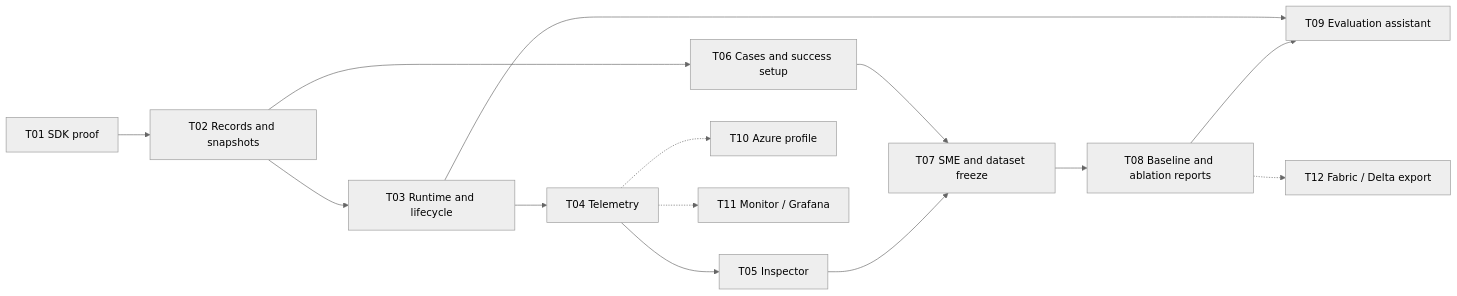
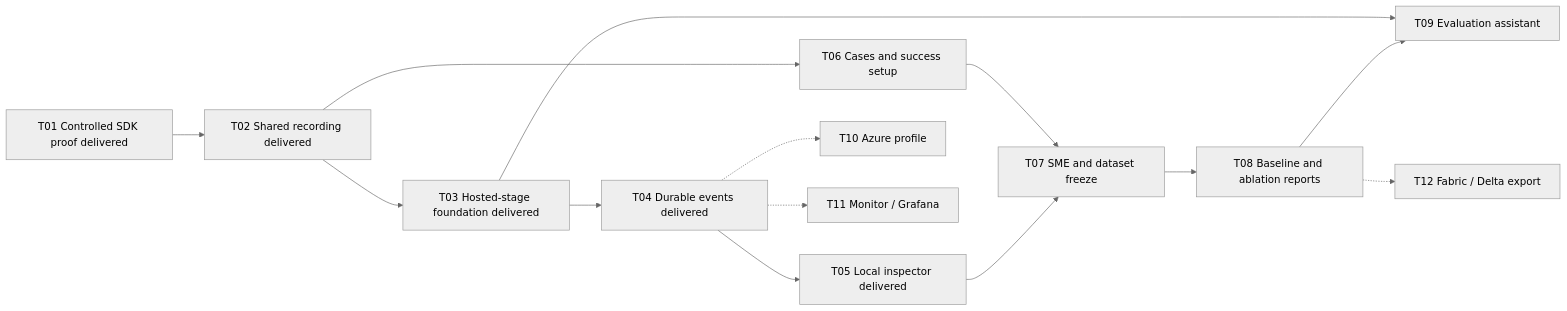
Before and after one commit to niksacdev/rove: the diagram in docs/product/implementation-plan.md, drawn with Mermaid (neutral theme). The commit also changed other lines of this file and 33 other files, not shown here.

Commit message:
Record durable trials and add Copilot runtime with evidence history (#17)

````diff
--- a/docs/product/implementation-plan.md
+++ b/docs/product/implementation-plan.md
@@ -43,16 +61,16 @@
 ```mermaid
 flowchart LR
-    A["T01 SDK proof"] --> B["T02 Records and snapshots"]
-    B --> C["T03 Runtime and lifecycle"]
-    C --> D["T04 Telemetry"]
-    D --> E["T05 Inspector"]
+    A["T01 Controlled SDK proof delivered"] --> B["T02 Shared recording delivered"]
+    B --> C["T03 Hosted-stage foundation delivered"]
+    C --> D["T04 Durable events delivered"]
+    D --> E["T05 Local inspector delivered"]
     B --> F["T06 Cases and success setup"]
     E --> G["T07 SME and dataset freeze"]
     F --> G
     G --> H["T08 Baseline and ablation reports"]
     H --> I["T09 Evaluation assistant"]
     C --> I
     D -.-> J["T10 Azure profile"]
     D -.-> K["T11 Monitor / Grafana"]
     H -.-> L["T12 Fabric / Delta export"]
 ```
````
